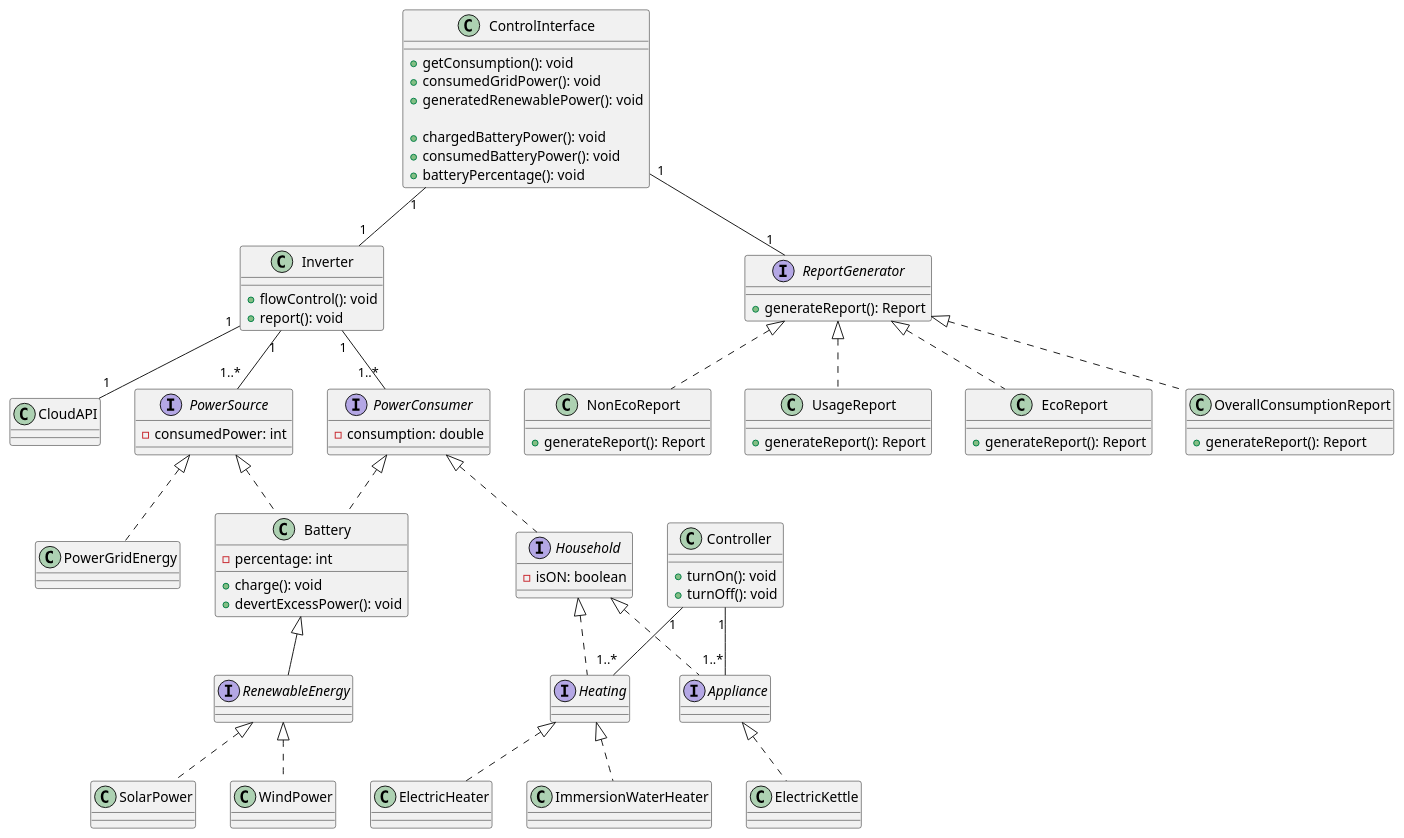
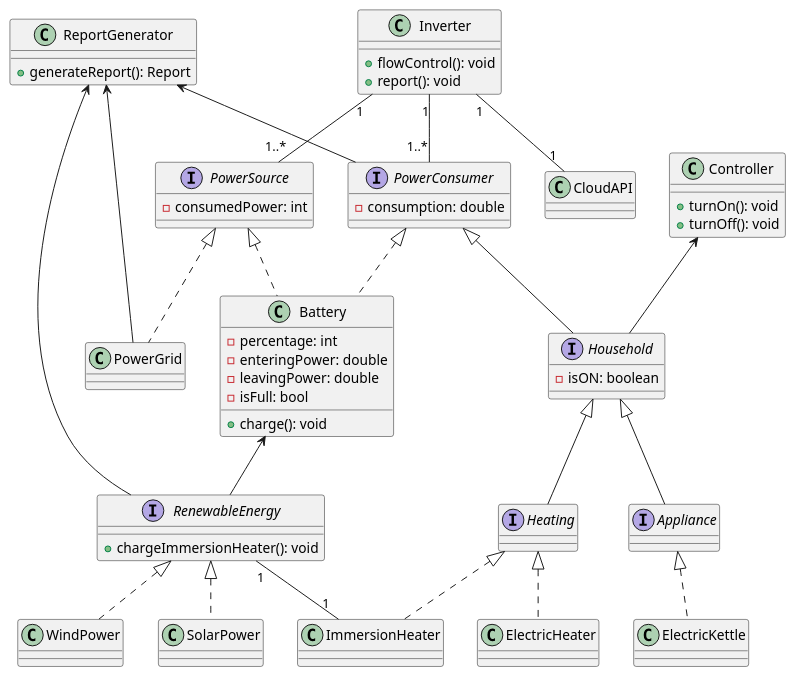
Before and after one commit to yudai-yam/204-Design-and-Architecture: the diagram in Year2/204. Software Design/Coursework/UML.plantUML, drawn with PlantUML. The commit also changed 2 other files, not shown here.

```diff
--- a/Year2/204. Software Design/Coursework/UML.plantUML
+++ b/Year2/204. Software Design/Coursework/UML.plantUML
@@ -1,161 +1,119 @@
 @startuml Power Manager
 
 
-class ControlInterface{
-    + getConsumption(): void
-    + consumedGridPower(): void
-    + generatedRenewablePower(): void
-
-    + chargedBatteryPower(): void
-    + consumedBatteryPower(): void
-    + batteryPercentage(): void
-
-    /'+ heatingControl(): void
-    + applianceControl(): void'/
-}
-
-class PowerGridEnergy{
+class PowerGrid{
     
 }
 
 
 interface RenewableEnergy{
-
+    + chargeImmersionHeater(): void
 }
 
 class SolarPower{
 
 }
 
 class WindPower{
 
 }
 
 
 class Battery{
     - percentage: int
+    - enteringPower: double
+    - leavingPower: double
+    - isFull: bool
 
     + charge(): void
-    + devertExcessPower(): void
 }
 
 interface PowerSource{
     - consumedPower: int
 }
 
 interface PowerConsumer{
     - consumption: double
 }
 
 class Inverter{
     + flowControl(): void
     + report(): void
 }
 
 class CloudAPI{
 
 }
 
 interface Household{
   - isON: boolean
 }
 
-class ImmersionWaterHeater{
+class ImmersionHeater{
 }
 
 interface Heating{
 }
 
 interface Appliance{
 }
 
 class ElectricKettle{
 }
 
 class ElectricHeater{
 
 }
 
 
 
-interface ReportGenerator{
+class ReportGenerator{
     + generateReport(): Report
 }
 
-class EcoReport {
-    + generateReport(): Report
-}
-
-class OverallConsumptionReport{
-    + generateReport(): Report
-}
-
-class NonEcoReport {
-    + generateReport(): Report
-}
-
-class UsageReport{
-    + generateReport(): Report
-}
 
 
 class Controller{
     + turnOn(): void
     + turnOff(): void
 } 
 
-/' class HeatingController{
-
-}
-
-class ImmersionWaterHeaterController{
-
-}
-
-class ApplianceController{
-
-} '/
- 
 
 
-ControlInterface "1"--"1" Inverter
-
-Battery <|-- RenewableEnergy
-PowerSource <|.. PowerGridEnergy
+Battery <-- RenewableEnergy
+PowerSource <|.. PowerGrid
 
 RenewableEnergy <|.. SolarPower
 RenewableEnergy <|.. WindPower
 
 Appliance <|.. ElectricKettle
 
 PowerSource <|.. Battery
 
 PowerConsumer <|.. Battery
 
 
 Inverter "1"--"1" CloudAPI
 Inverter "1"--"1..*" PowerSource
 Inverter "1"--"1..*" PowerConsumer
 
 
-ReportGenerator <|.. EcoReport
-ReportGenerator <|.. NonEcoReport
-ReportGenerator <|.. OverallConsumptionReport
-ReportGenerator <|.. UsageReport
+ReportGenerator <-- RenewableEnergy
+ReportGenerator <-- PowerGrid
+ReportGenerator <-- PowerConsumer
 
-Controller "1"--"1..*" Heating
-Controller "1"--"1..*" Appliance
+Controller <-- Household
 
 
-ControlInterface "1"--"1" ReportGenerator
+Household <|-- Heating
+Household <|-- Appliance
 
-Household <|.. Heating
-Household <|.. Appliance
-
-Heating <|.. ImmersionWaterHeater
+Heating <|.. ImmersionHeater
 Heating <|.. ElectricHeater
 
+RenewableEnergy "1"--"1" ImmersionHeater
 
-PowerConsumer <|.. Household
+
+PowerConsumer <|-- Household
 
 @enduml
```
